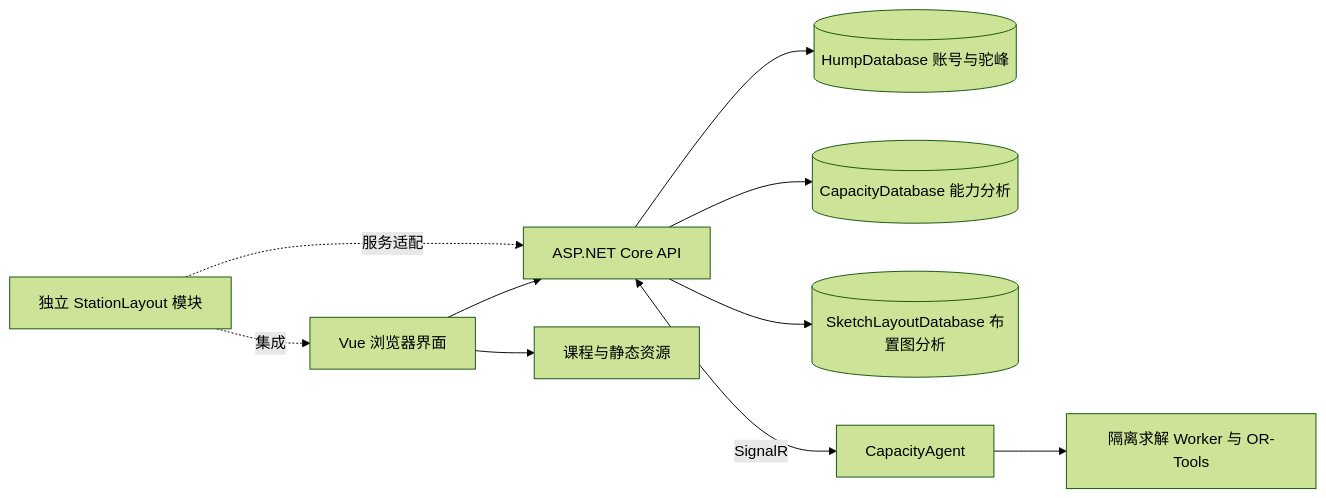
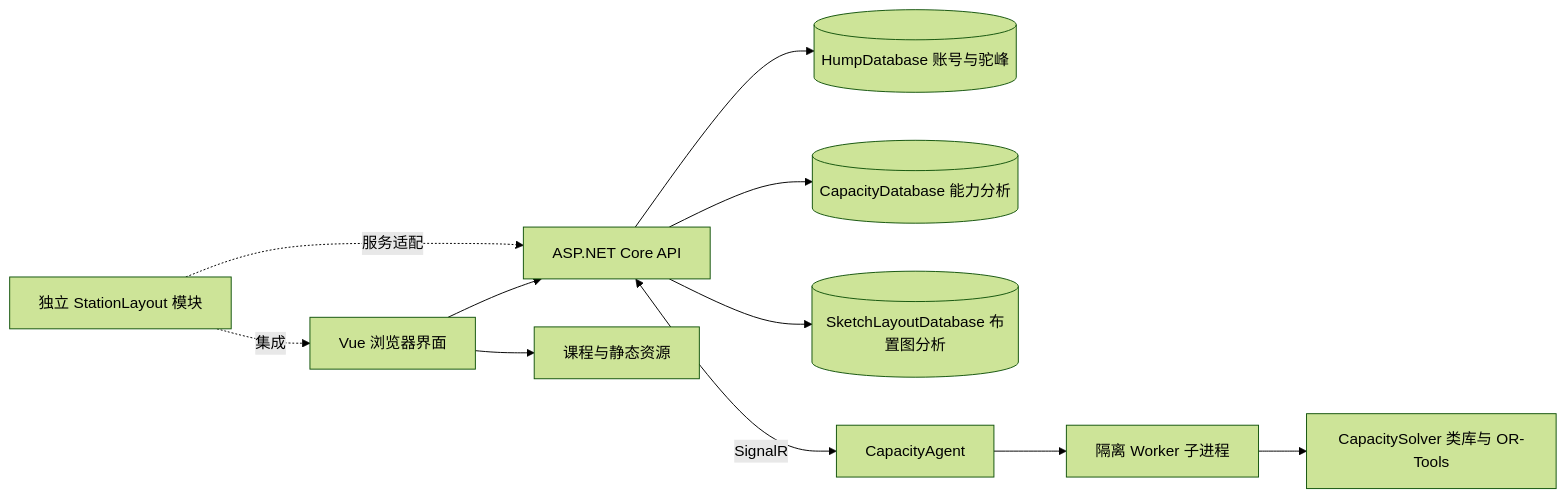
The diagram in docs/zh-CN/01-overview.md (lzw37/SwitchYard), drawn with Mermaid (forest theme) before and after one commit. The commit also changed other lines of this file and 71 other files, not shown here.

````diff
--- a/docs/zh-CN/01-overview.md
+++ b/docs/zh-CN/01-overview.md
@@ -63,12 +63,13 @@
 ```mermaid
 flowchart LR
     Browser[Vue 浏览器界面] --> API[ASP.NET Core API]
     Browser --> Assets[课程与静态资源]
     API --> HumpDB[(HumpDatabase 账号与驼峰)]
     API --> CapacityDB[(CapacityDatabase 能力分析)]
     API --> SketchDB[(SketchLayoutDatabase 布置图分析)]
     API <-->|SignalR| Agent[CapacityAgent]
-    Agent --> Worker[隔离求解 Worker 与 OR-Tools]
+    Agent --> Worker[隔离 Worker 子进程]
+    Worker --> Solver[CapacitySolver 类库与 OR-Tools]
     Module[独立 StationLayout 模块] -. 集成 .-> Browser
     Module -. 服务适配 .-> API
 ```
````
